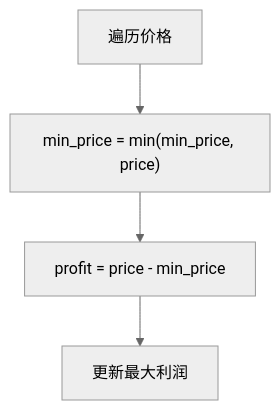
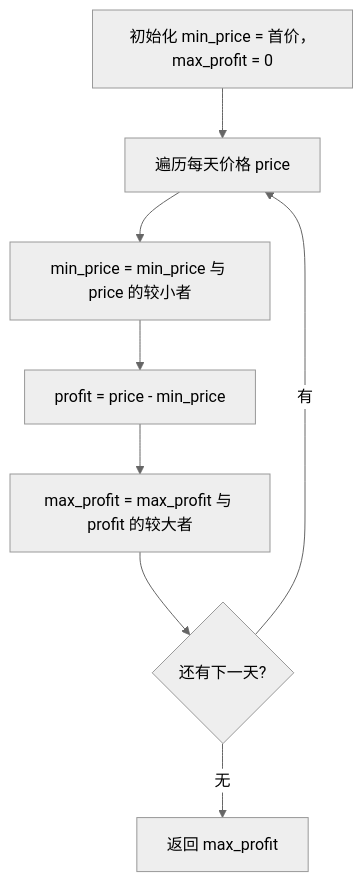
Before and after one commit to OctalZero/hot100-py: the first of 2 diagrams in 15-贪心/0121-买卖股票的最佳时机.md, drawn with Mermaid (neutral theme). The commit also changed other lines of this file and 117 other files, not shown here.

First line of the commit message:
feat: 全题解配图升级为「动画式 mermaid」（总览骨架 + 横向时间线逐步推演）

````diff
--- a/15-贪心/0121-买卖股票的最佳时机.md
+++ b/15-贪心/0121-买卖股票的最佳时机.md
@@ -23,6 +23,10 @@
 ```mermaid
 flowchart TD
-    A["遍历价格"] --> B["min_price = min(min_price, price)"]
-    B --> C["profit = price - min_price"]
-    C --> D["更新最大利润"]
+    A["初始化 min_price = 首价，max_profit = 0"] --> B["遍历每天价格 price"]
+    B --> C["min_price = min_price 与 price 的较小者"]
+    C --> D["profit = price - min_price"]
+    D --> E["max_profit = max_profit 与 profit 的较大者"]
+    E --> F{"还有下一天?"}
+    F -->|"有"| B
+    F -->|"无"| G["返回 max_profit"]
 ```
````
